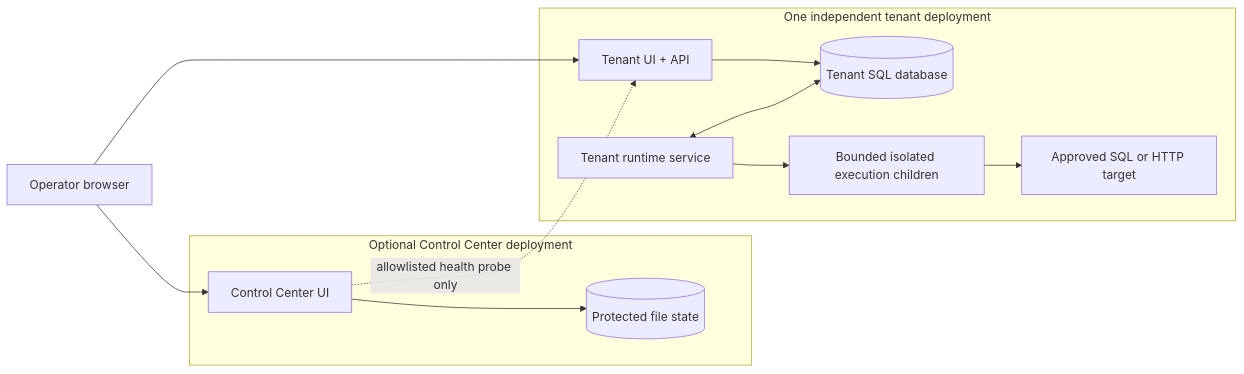
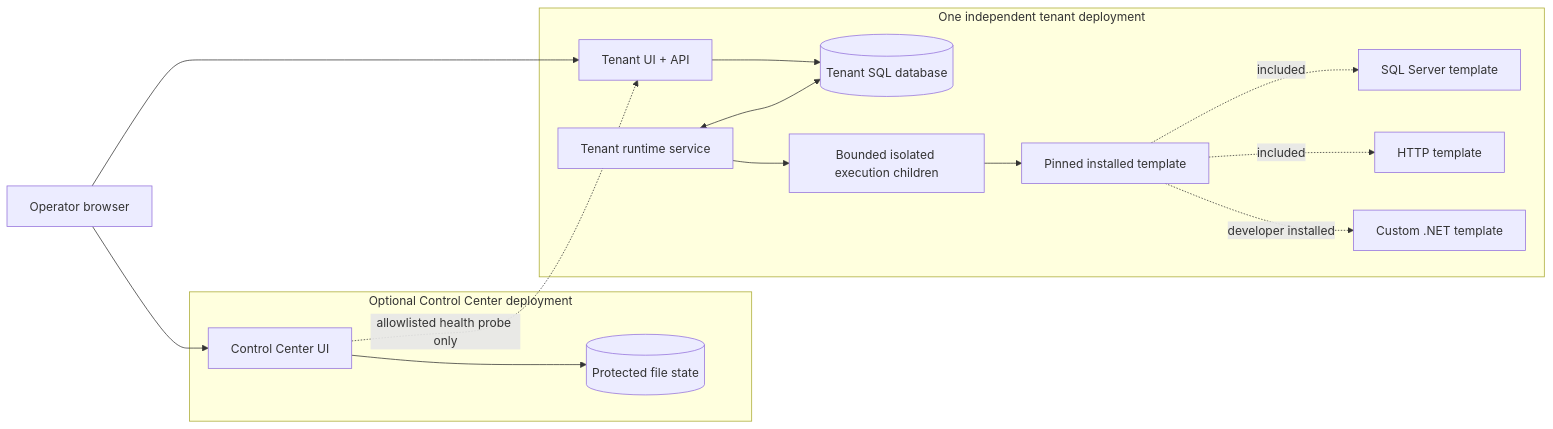
Before and after one commit to brunofreitasv/WorkerDock: the diagram in docs/reference/architecture.md, drawn with Mermaid. The commit also changed other lines of this file and 5 other files, not shown here.

````diff
--- a/docs/reference/architecture.md
+++ b/docs/reference/architecture.md
@@ -9,15 +9,18 @@
 ```mermaid
 flowchart LR
     Operator["Operator browser"] --> CenterWeb["Control Center UI"]
     Operator --> TenantWeb["Tenant UI + API"]
     subgraph Center["Optional Control Center deployment"]
         CenterWeb --> CenterFiles[("Protected file state")]
     end
     subgraph Tenant["One independent tenant deployment"]
         TenantWeb --> TenantDb[("Tenant SQL database")]
         Runtime["Tenant runtime service"] <--> TenantDb
         Runtime --> Executor["Bounded isolated execution children"]
-        Executor --> Target["Approved SQL or HTTP target"]
+        Executor --> Template["Pinned installed template"]
+        Template -. "included" .-> Sql["SQL Server template"]
+        Template -. "included" .-> Http["HTTP template"]
+        Template -. "developer installed" .-> Custom["Custom .NET template"]
     end
     CenterWeb -. "allowlisted health probe only" .-> TenantWeb
 ```
````
